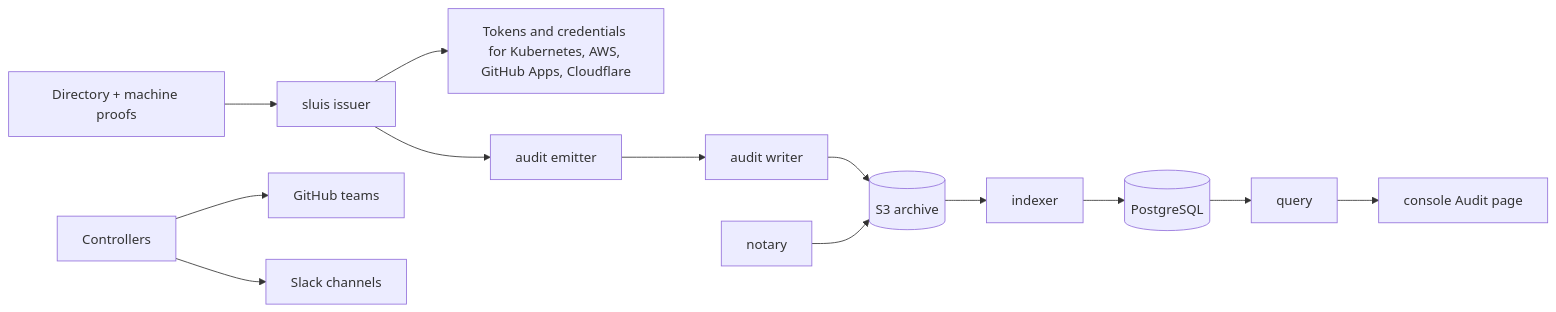
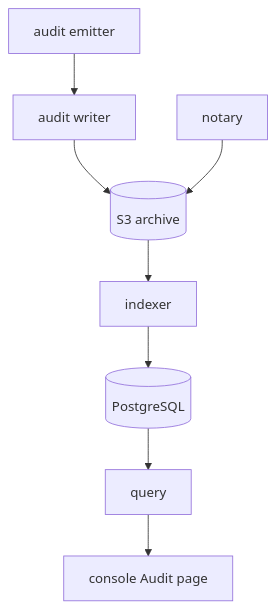
Before and after one commit to truvity/sluis: the second of 2 diagrams in docs/README.md, drawn with Mermaid. The commit also changed other lines of this file and 39 other files, not shown here.

First line of the commit message:
docs: links, one checker, diagrams at natural size, and the loose ends of the other passes

````diff
--- a/docs/README.md
+++ b/docs/README.md
@@ -11,15 +24,10 @@
 ```mermaid
-flowchart LR
-  dir["Directory + machine proofs"] --> iss["sluis issuer"]
-  iss --> cred["Tokens and credentials for Kubernetes, AWS, GitHub Apps, Cloudflare"]
-  ctl["Controllers"] --> gh["GitHub teams"]
-  ctl --> sl["Slack channels"]
-  iss --> em["audit emitter"]
-  em --> wr["audit writer"]
+flowchart TB
+  em["audit emitter"] --> wr["audit writer"]
   wr --> s3[("S3 archive")]
   nt["notary"] --> s3
   s3 --> ix["indexer"]
   ix --> pg[("PostgreSQL")]
   pg --> q["query"]
   q --> ui["console Audit page"]
 ```
````
